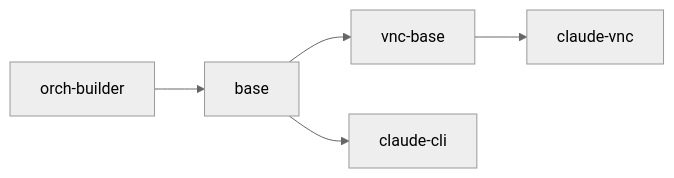
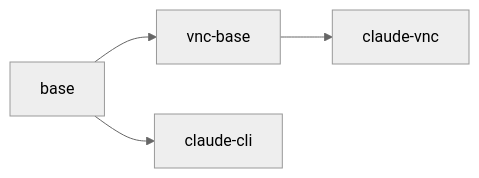
One commit to quvox/claude-dev-env changed the second of 2 diagrams in docs/03-impl/environments/images.md. Above: the diagram before and after it, drawn with Mermaid (neutral theme). The commit also changed other lines of this file and 782 other files, not shown here.

````diff
--- a/docs/03-impl/environments/images.md
+++ b/docs/03-impl/environments/images.md
@@ -76,7 +72,6 @@
 ```mermaid
 graph LR
-  OB[orch-builder] --> BASE[base]
-  BASE --> VNC[vnc-base]
+  BASE[base] --> VNC[vnc-base]
   BASE --> CLI[claude-cli]
   VNC --> VNCF[claude-vnc]
 ```
````
